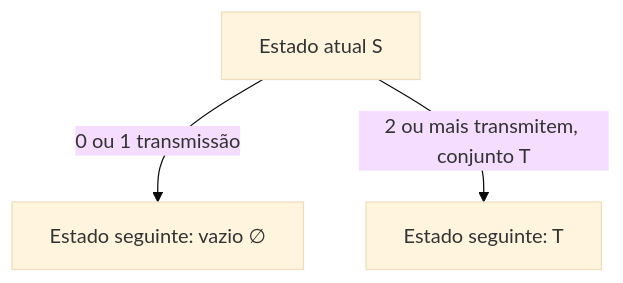
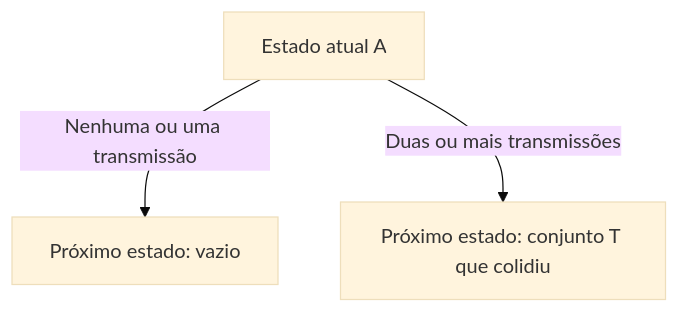
The diagram in Exercicio_2_Slotted_Aloha/README.md (BeatrizPAbreu/ADS), drawn with Mermaid (base theme) before and after one commit. The commit also changed other lines of this file, not shown here.

````diff
--- a/Exercicio_2_Slotted_Aloha/README.md
+++ b/Exercicio_2_Slotted_Aloha/README.md
@@ -137,5 +162,5 @@
-```mermaid
+~~~mermaid
 flowchart TD
-    S["Estado atual S"] -->|0 ou 1 transmissão| E["Estado seguinte: vazio ∅"]
-    S -->|2 ou mais transmitem, conjunto T| T["Estado seguinte: T"]
-```
+    A["Estado atual A"] -->|"Nenhuma ou uma transmissão"| E["Próximo estado: vazio"]
+    A -->|"Duas ou mais transmissões"| T["Próximo estado: conjunto T que colidiu"]
+~~~
````
